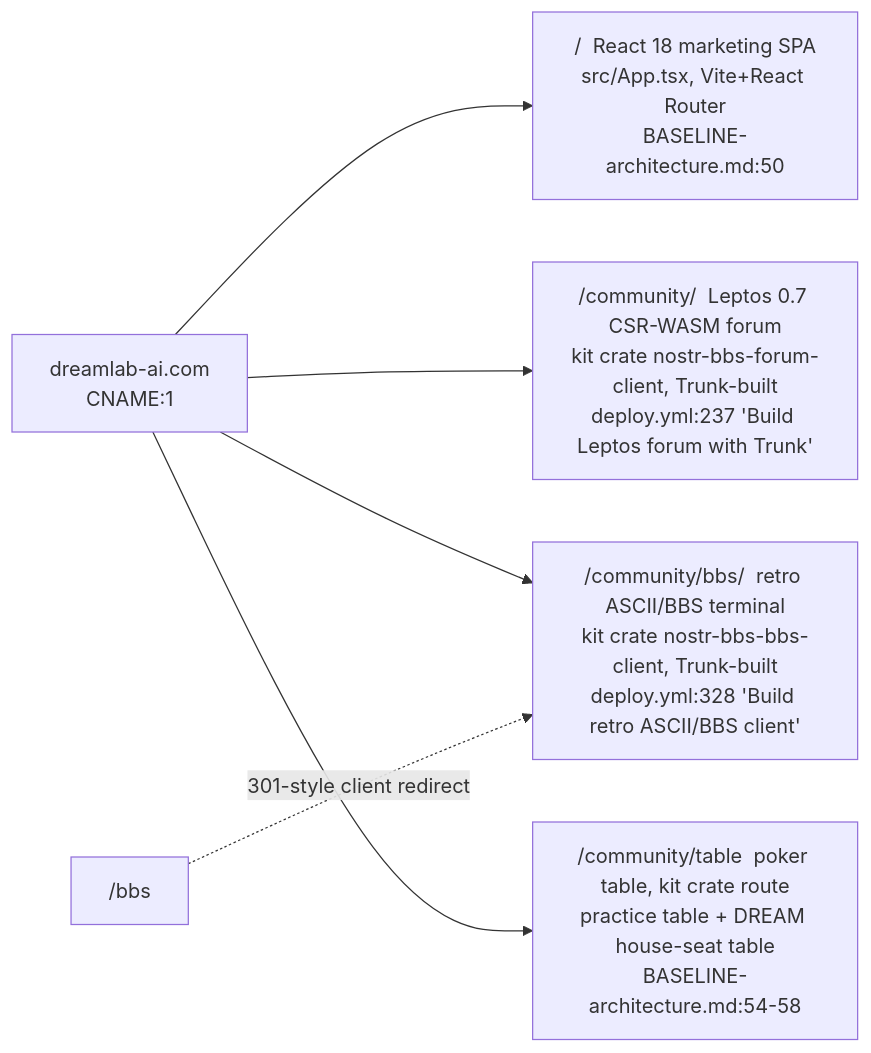
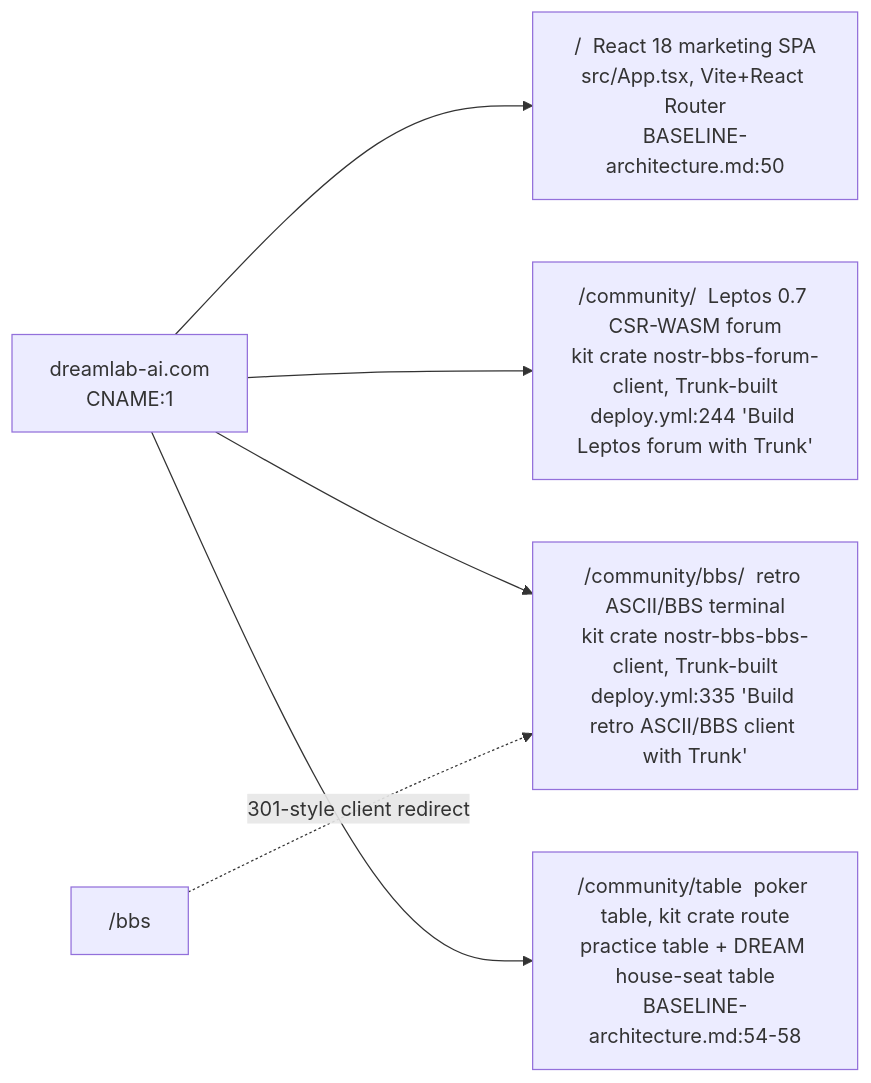
Before and after one commit to DreamLab-AI/VisionFlow: the second of 7 diagrams in docs/diagrams/dreamlab-ai-website/01-repo-composition-and-deploy-topology.md, drawn with Mermaid. The commit also changed other lines of this file and 160 other files, not shown here.

````diff
--- a/docs/diagrams/dreamlab-ai-website/01-repo-composition-and-deploy-topology.md
+++ b/docs/diagrams/dreamlab-ai-website/01-repo-composition-and-deploy-topology.md
@@ -38,8 +38,8 @@
 ```mermaid
 flowchart LR
     ORIGIN["dreamlab-ai.com<br/>CNAME:1"] --> ROOT["/  React 18 marketing SPA<br/>src/App.tsx, Vite+React Router<br/>BASELINE-architecture.md:50"]
-    ORIGIN --> COMM["/community/  Leptos 0.7 CSR-WASM forum<br/>kit crate nostr-bbs-forum-client, Trunk-built<br/>deploy.yml:237 'Build Leptos forum with Trunk'"]
-    ORIGIN --> BBS["/community/bbs/  retro ASCII/BBS terminal<br/>kit crate nostr-bbs-bbs-client, Trunk-built<br/>deploy.yml:328 'Build retro ASCII/BBS client'"]
+    ORIGIN --> COMM["/community/  Leptos 0.7 CSR-WASM forum<br/>kit crate nostr-bbs-forum-client, Trunk-built<br/>deploy.yml:244 'Build Leptos forum with Trunk'"]
+    ORIGIN --> BBS["/community/bbs/  retro ASCII/BBS terminal<br/>kit crate nostr-bbs-bbs-client, Trunk-built<br/>deploy.yml:335 'Build retro ASCII/BBS client with Trunk'"]
     ORIGIN --> TBL["/community/table  poker table, kit crate route<br/>practice table + DREAM house-seat table<br/>BASELINE-architecture.md:54-58"]
     LEGACY["/bbs"] -. "301-style client redirect" .-> BBS
 ```
````
